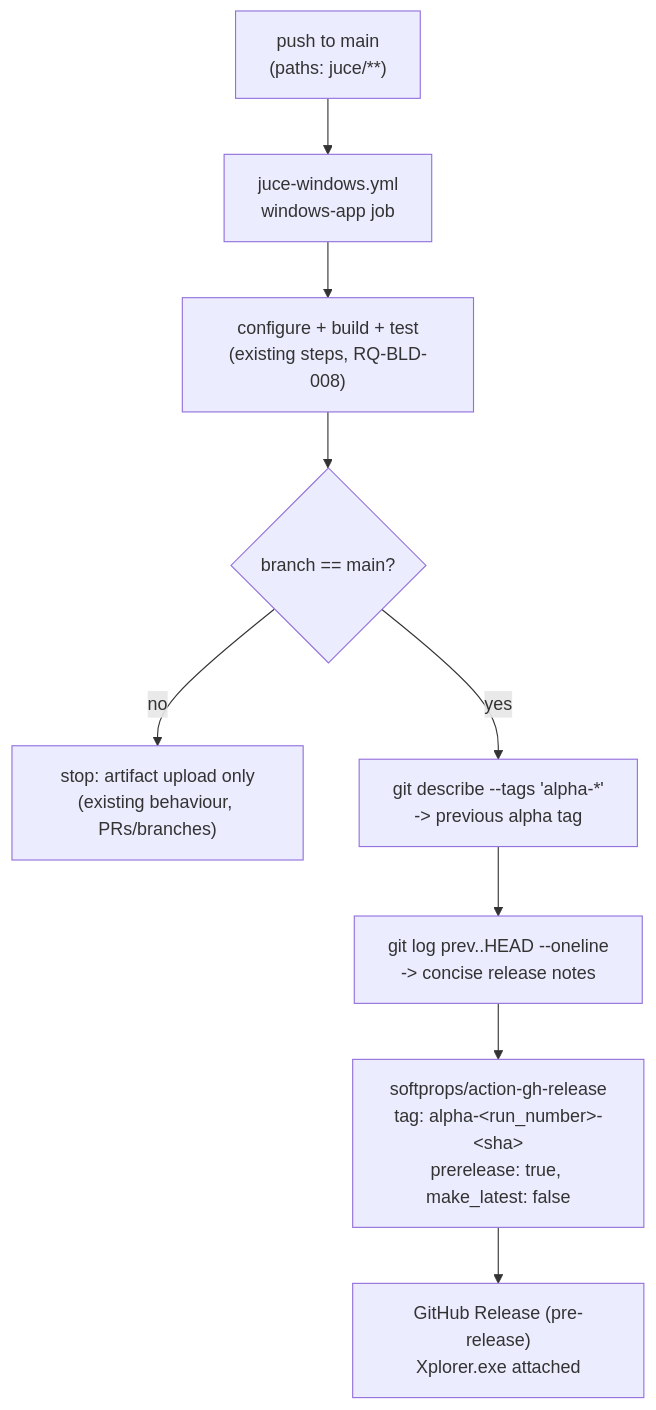
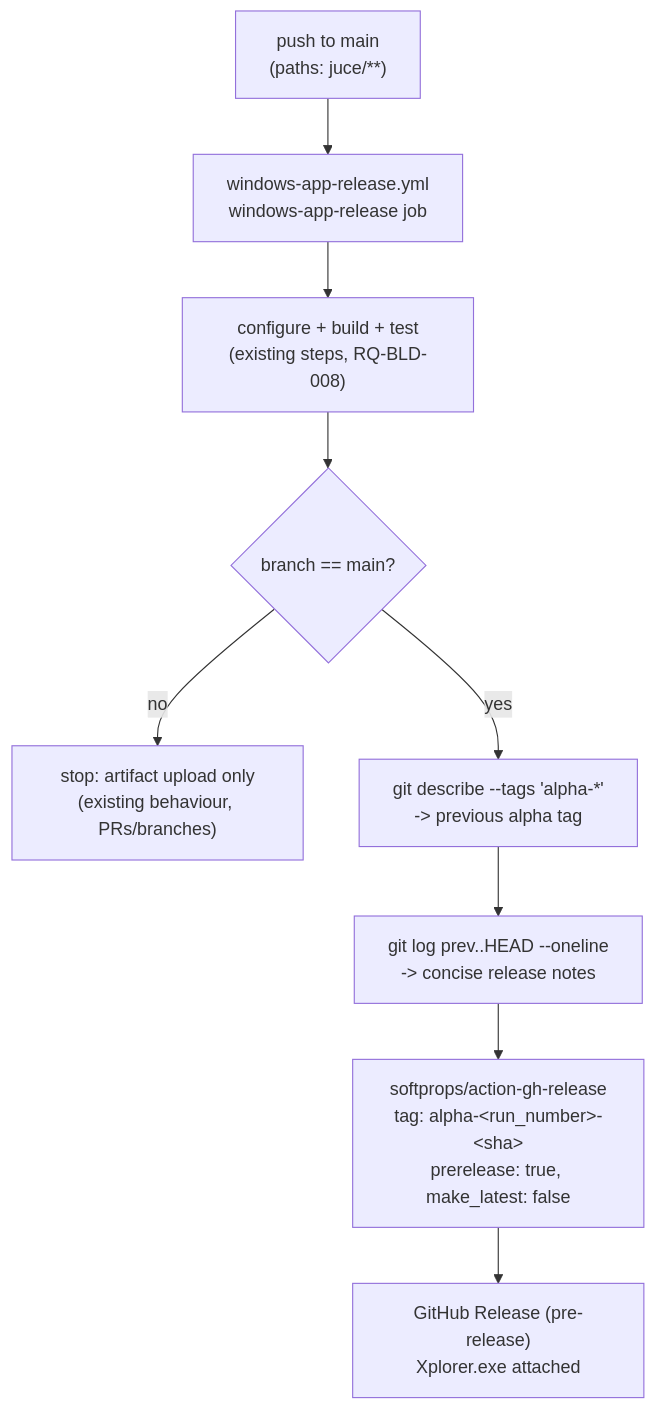
Before and after one commit to xplorer2716/XplorerEditor: the diagram in process/2.architecture/ADR-BLD-001-main-branch-alpha-release.md, drawn with Mermaid. The commit also changed other lines of this file and 9 other files, not shown here.

````diff
--- a/process/2.architecture/ADR-BLD-001-main-branch-alpha-release.md
+++ b/process/2.architecture/ADR-BLD-001-main-branch-alpha-release.md
@@ -99,11 +101,11 @@
 ```mermaid
 flowchart TD
-    A["push to main<br/>(paths: juce/**)"] --> B["juce-windows.yml<br/>windows-app job"]
+    A["push to main<br/>(paths: juce/**)"] --> B["windows-app-release.yml<br/>windows-app-release job"]
     B --> C["configure + build + test<br/>(existing steps, RQ-BLD-008)"]
     C --> D{"branch == main?"}
     D -- no --> E["stop: artifact upload only<br/>(existing behaviour, PRs/branches)"]
     D -- yes --> F["git describe --tags 'alpha-*'<br/>-> previous alpha tag"]
     F --> G["git log prev..HEAD --oneline<br/>-> concise release notes"]
     G --> H["softprops/action-gh-release<br/>tag: alpha-&lt;run_number&gt;-&lt;sha&gt;<br/>prerelease: true, make_latest: false"]
     H --> I["GitHub Release (pre-release)<br/>Xplorer.exe attached"]
 ```
````
